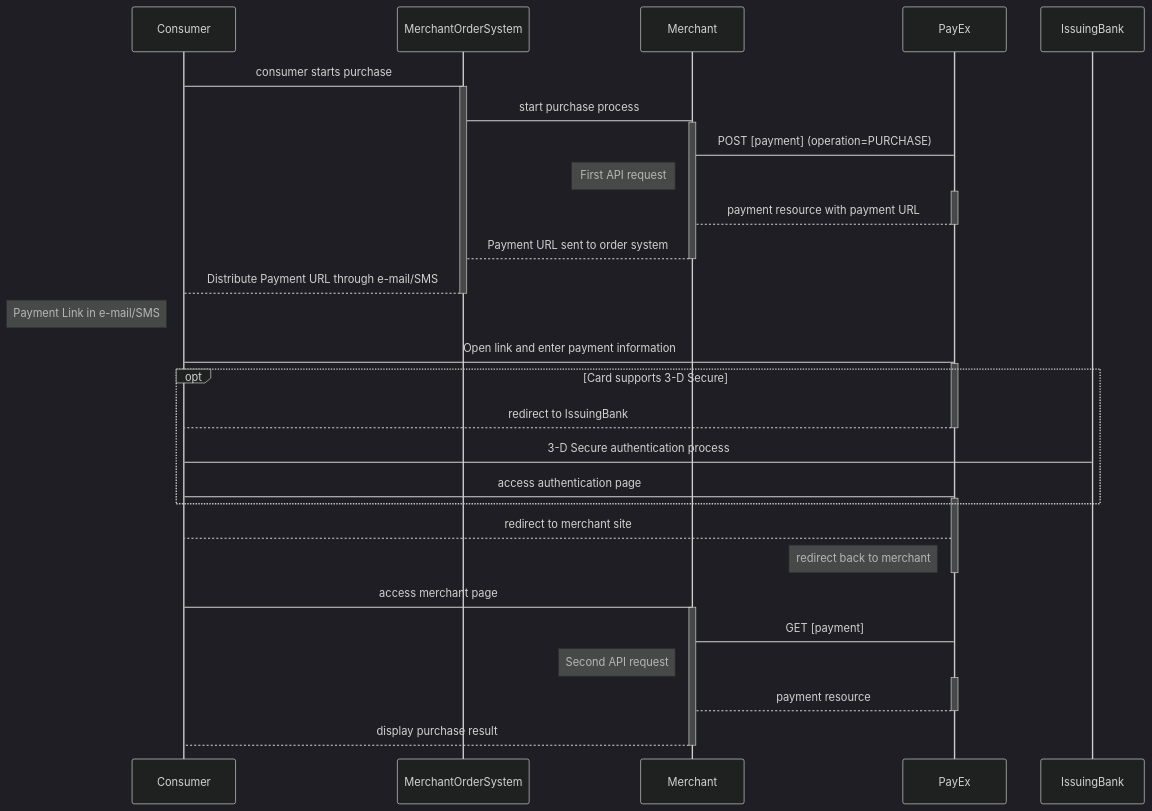
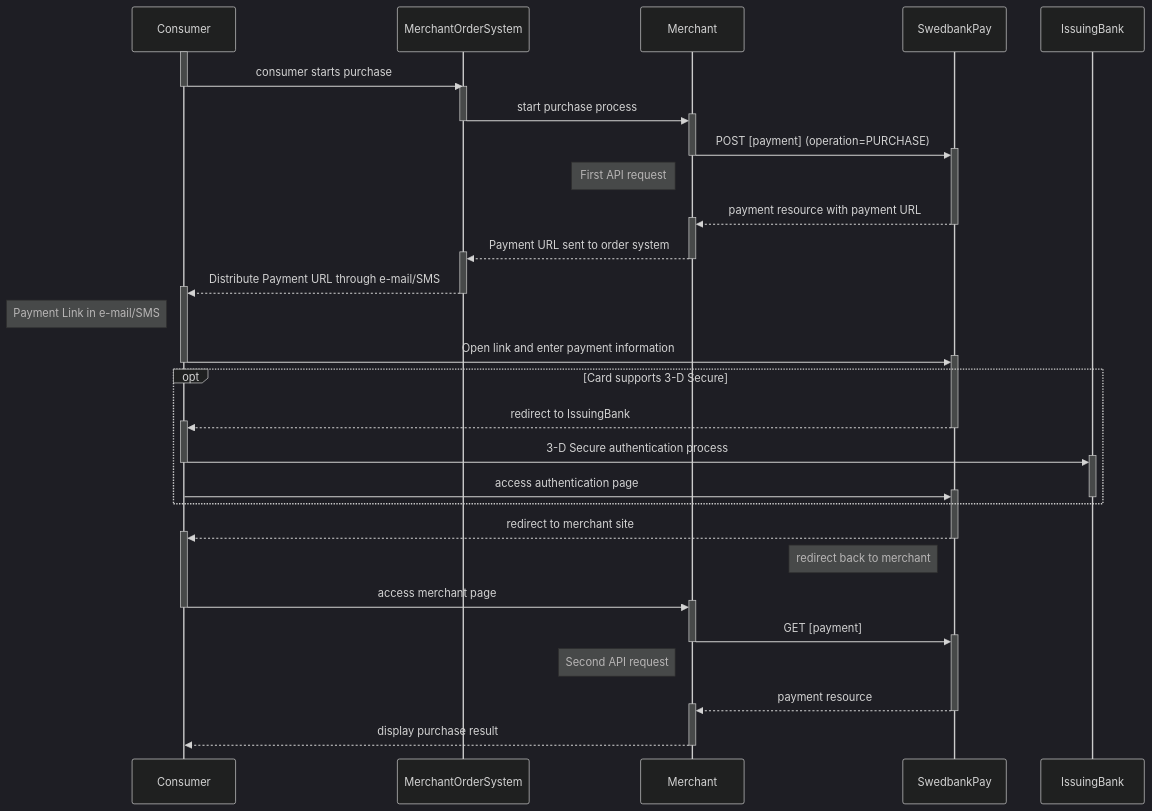
Before and after one commit to SwedbankPay/developer.swedbankpay.com: the first of 4 diagrams in _includes/payment-link.md, drawn with Mermaid (dark theme). The commit also changed other lines of this file and 6 other files, not shown here.

Commit message:
DX-413 fixed tables, added links and fixed diagrams

````diff
--- a/_includes/payment-link.md
+++ b/_includes/payment-link.md
@@ -144,42 +144,44 @@
 ```mermaid
 sequenceDiagram
-Consumer->MerchantOrderSystem: consumer starts purchase
+activate Consumer
+Consumer->>-MerchantOrderSystem: consumer starts purchase
 activate MerchantOrderSystem
-MerchantOrderSystem->Merchant: start purchase process
-activate Merchant
-Merchant->PayEx: POST [payment] (operation=PURCHASE)
+MerchantOrderSystem->>+Merchant: start purchase process
+deactivate MerchantOrderSystem
+Merchant->>+SwedbankPay: POST [payment] (operation=PURCHASE)
+deactivate Merchant
 note left of Merchant: First API request
-activate PayEx
-PayEx-->Merchant: payment resource with payment URL
-deactivate PayEx
-Merchant-->MerchantOrderSystem: Payment URL sent to order system
+SwedbankPay-->>+Merchant: payment resource with payment URL
+deactivate SwedbankPay
+Merchant-->>+MerchantOrderSystem: Payment URL sent to order system
 deactivate Merchant
-MerchantOrderSystem-->Consumer: Distribute Payment URL through e-mail/SMS
+MerchantOrderSystem-->>+Consumer: Distribute Payment URL through e-mail/SMS
 deactivate MerchantOrderSystem
 
 note left of Consumer: Payment Link in e-mail/SMS
-Consumer->PayEx: Open link and enter payment information
-Activate PayEx
+Consumer->>+SwedbankPay: Open link and enter payment information
+deactivate Consumer
 
 opt Card supports 3-D Secure
-PayEx-->Consumer: redirect to IssuingBank
-deactivate PayEx
-Consumer->IssuingBank: 3-D Secure authentication process
-Consumer->PayEx: access authentication page
-activate PayEx
+SwedbankPay-->>+Consumer: redirect to IssuingBank
+deactivate SwedbankPay
+Consumer->>+IssuingBank: 3-D Secure authentication process
+deactivate Consumer
+Consumer->>+SwedbankPay: access authentication page
+deactivate IssuingBank
 end
 
-PayEx-->Consumer: redirect to merchant site
-note left of PayEx: redirect back to merchant
-deactivate PayEx
+SwedbankPay-->>+Consumer: redirect to merchant site
+deactivate SwedbankPay
+note left of SwedbankPay: redirect back to merchant
 
-Consumer->Merchant: access merchant page
-activate Merchant
-Merchant->PayEx: GET [payment]
+Consumer->>+Merchant: access merchant page
+deactivate Consumer
+Merchant->>+SwedbankPay: GET [payment]
+deactivate Merchant
 note left of Merchant: Second API request
-activate PayEx
-PayEx-->Merchant: payment resource
-deactivate PayEx
-Merchant-->Consumer: display purchase result
+SwedbankPay-->>+Merchant: payment resource
+deactivate SwedbankPay
+Merchant-->>Consumer: display purchase result
 deactivate Merchant
 ```
````
